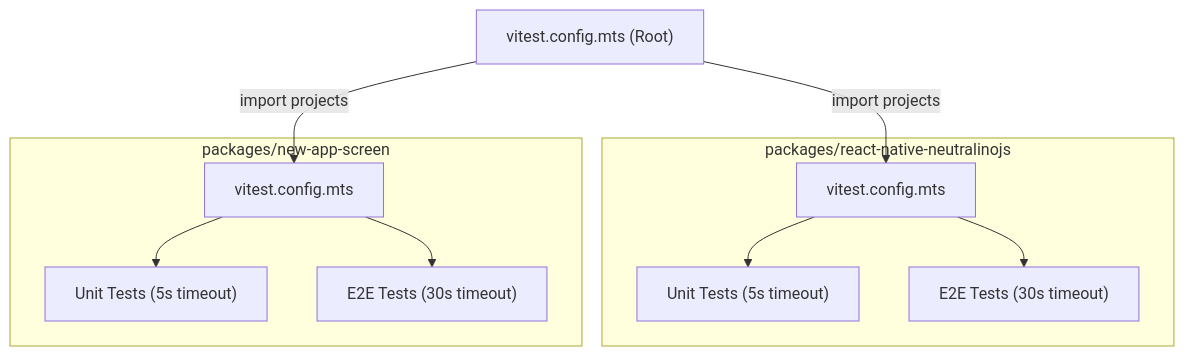
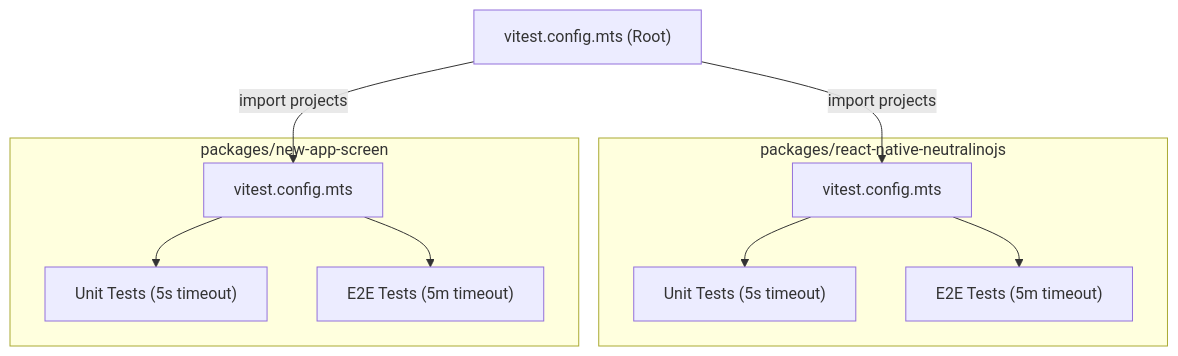
Before and after one commit to IsmaCortGtz/react-native-neutralinojs: the diagram in docs/architecture/testing-and-ci.md, drawn with Mermaid. The commit also changed other lines of this file and 6 other files, not shown here.

Commit message:
feat(docs): add AGENTS.md for development guidelines and testing protocols fix(docs): update testing timeout values in architecture documentation fix(docs): enhance README files with testing instructions for all packages fix(tests): adjust E2E test timeout settings in vitest configuration

````diff
--- a/docs/architecture/testing-and-ci.md
+++ b/docs/architecture/testing-and-ci.md
@@ -11,23 +11,23 @@
 ```mermaid
 flowchart TD
   RootConfig["vitest.config.mts (Root)"]
 
   subgraph CorePkg ["packages/react-native-neutralinojs"]
     Pkg1Config["vitest.config.mts"]
     Pkg1Unit["Unit Tests (5s timeout)"]
-    Pkg1E2E["E2E Tests (30s timeout)"]
+    Pkg1E2E["E2E Tests (5m timeout)"]
     Pkg1Config --> Pkg1Unit
     Pkg1Config --> Pkg1E2E
   end
 
   subgraph ScreenPkg ["packages/new-app-screen"]
     Pkg2Config["vitest.config.mts"]
     Pkg2Unit["Unit Tests (5s timeout)"]
-    Pkg2E2E["E2E Tests (30s timeout)"]
+    Pkg2E2E["E2E Tests (5m timeout)"]
     Pkg2Config --> Pkg2Unit
     Pkg2Config --> Pkg2E2E
   end
 
   RootConfig -->|import projects| Pkg1Config
   RootConfig -->|import projects| Pkg2Config
 ```
````
